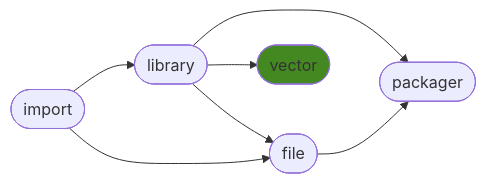
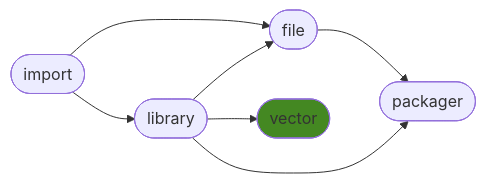
The diagram in README.md (ManderaGeneral/generalvector), drawn with Mermaid before and after one commit. The commit also changed other lines of this file, not shown here.

````diff
--- a/README.md
+++ b/README.md
@@ -24,15 +24,15 @@
 ```mermaid
 flowchart LR
+2([file]) --> 4([packager])
+0([import]) --> 2([file])
+1([library]) --> 4([packager])
 1([library]) --> 2([file])
-0([import]) --> 2([file])
+0([import]) --> 1([library])
 1([library]) --> 3([vector])
-1([library]) --> 4([packager])
-0([import]) --> 1([library])
-2([file]) --> 4([packager])
 click 0 "https://github.com/ManderaGeneral/generalimport"
 click 1 "https://github.com/ManderaGeneral/generallibrary"
 click 2 "https://github.com/ManderaGeneral/generalfile"
 click 3 "https://github.com/ManderaGeneral/generalvector"
 click 4 "https://github.com/ManderaGeneral/generalpackager"
 style 3 fill:#482
 ```
````
